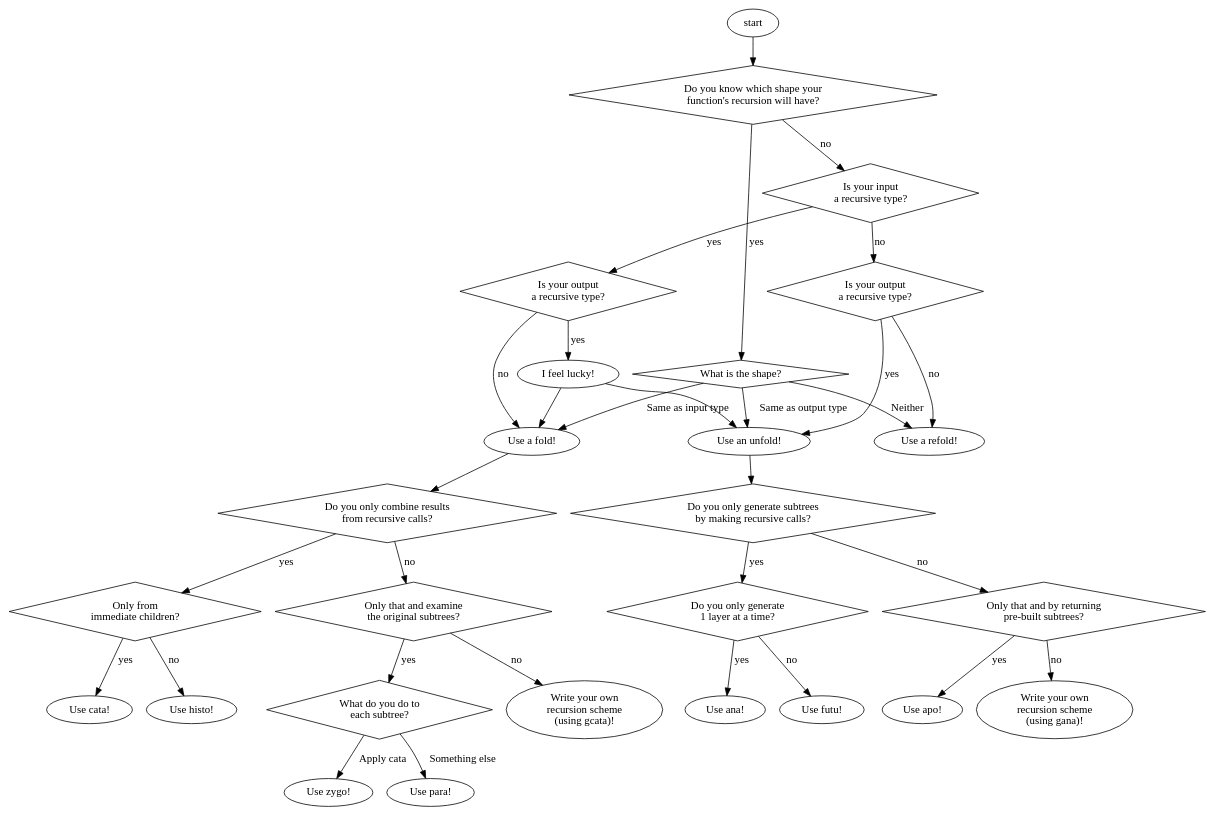
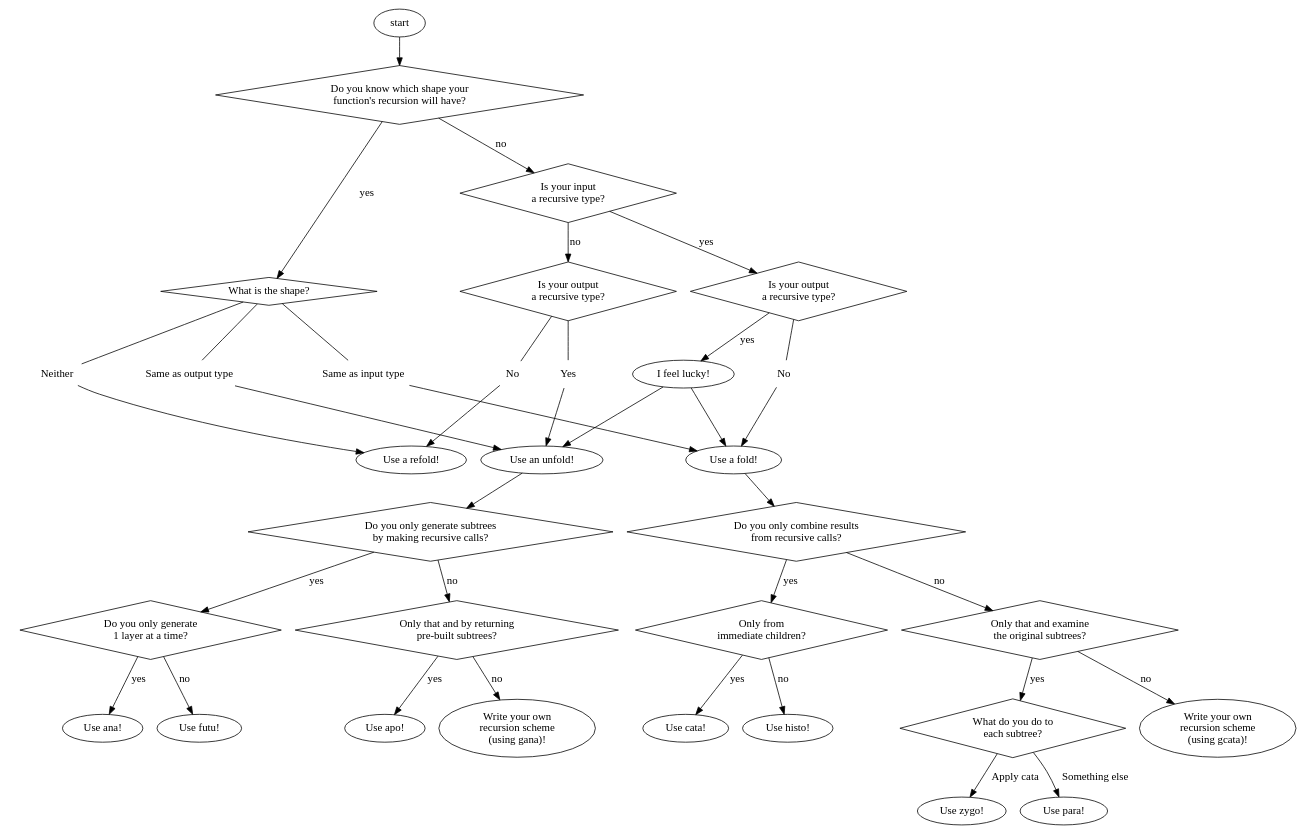
Before and after one commit to recursion-schemes/recursion-schemes: the diagram in docs/flowchart.dot, drawn with Graphviz. The commit also changed 1 other file, not shown here.

Commit message:
Improve layout of flowchart

```diff
--- a/docs/flowchart.dot
+++ b/docs/flowchart.dot
@@ -1,64 +1,93 @@
 digraph {
   decision1 [label="Is your input\na recursive type?"];
   decision1_1 [label="Is your output\na recursive type?"];
   decision1_2 [label="Is your output\na recursive type?"];
+  decision1_2_yes [label="Yes"];
+  decision1_2_no [label="No"];
+  decision1_1_no [label="No"];
   choose_either [label="I feel lucky!"];
   start_folds [label="Use a fold!"];
   start_unfolds [label="Use an unfold!"];
   start_refolds [label="Use a refold!"];
   decision0, decision1, decision1_1, decision1_2, expert_decision1, fold1,fold2,fold3,fold4,unfold1,unfold2,unfold3 [shape=diamond];
   fold1 [label="Do you only combine results\nfrom recursive calls?"];
   fold2 [label="Only from\nimmediate children?"];
   fold3 [label="Only that and examine\nthe original subtrees?"];
   fold4 [label="What do you do to\neach subtree?"];
   gcata [label="Write your own\nrecursion scheme\n(using gcata)!"];
   cata [label="Use cata!"];
   histo [label="Use histo!"];
   zygo [label="Use zygo!"];
   para [label="Use para!"];
   unfold1 [label="Do you only generate subtrees\nby making recursive calls?"]
   unfold2 [label="Do you only generate\n1 layer at a time?"]
   unfold3 [label="Only that and by returning\npre-built subtrees?"]
   ana [label="Use ana!"];
   apo [label="Use apo!"];
   futu [label="Use futu!"];
   gana [label="Write your own\nrecursion scheme\n(using gana)!"];
   decision0 [label="Do you know which shape your\nfunction's recursion will have?"];
   expert_decision1 [label="What is the shape?"];
+  same_as_input_type[label="Same as input type"];
+  same_as_output_type[label="Same as output type"];
+  neither[label="Neither"];
+  decision1_2_yes, decision1_2_no, decision1_1_no, same_as_input_type, same_as_output_type, neither [color=invis];
 
   start -> decision0;
   decision0 -> decision1 [label=no];
   decision0 -> expert_decision1 [label=yes];
-  decision1 -> decision1_1 [label=yes];
-  decision1 -> decision1_2 [label=no];
-  decision1_1 -> choose_either [label=yes];
-  decision1_1 -> start_folds [label=no];
-  decision1_2 -> start_unfolds [label=yes];
-  decision1_2 -> start_refolds [label=no];
+  decision1_1 -> decision1_1_no [dir=none];
+  decision1_2 -> decision1_2_yes [dir=none];
+  decision1_2 -> decision1_2_no [dir=none];
+
+  decision1_1_no -> start_folds [minlen=2];
+  decision1_2_yes -> start_unfolds [minlen=2];
+  decision1_2_no -> start_refolds [minlen=2];
+
+  subgraph cluster_beginner {
+    color=invis;
+    decision1 -> decision1_1 [label=yes];
+    decision1 -> decision1_2 [label=no];
+    decision1_1 -> choose_either [label=yes];
+    decision1_1_no;
+    decision1_2_yes;
+    decision1_2_no;
+  }
+
+  subgraph cluster_expert {
+    color=invis;
+    expert_decision1;
+    same_as_input_type;
+    same_as_output_type;
+    neither;
+  }
+
+  expert_decision1 -> same_as_input_type [dir=none];
+  same_as_input_type -> start_folds [minlen=2];
+  expert_decision1 -> same_as_output_type [dir=none];
+  same_as_output_type -> start_unfolds [minlen=2];
+  expert_decision1 -> neither [dir=none];
+  neither -> start_refolds [minlen=2];
+
   choose_either -> start_folds;
   choose_either -> start_unfolds;
+  choose_either -> start_refolds [style=invis];
 
   start_folds -> fold1;
   fold1 -> fold2 [label="yes"]
   fold1 -> fold3 [label="no"]
   fold2 -> cata [label="yes"];
   fold2 -> histo [label="no"];
   fold3 -> fold4 [label="yes"];
   fold3 -> gcata [label="no"];
   fold4 -> zygo [label="Apply cata"];
   fold4 -> para [label="Something else"];
 
   start_unfolds -> unfold1;
   unfold1 -> unfold2 [label="yes"];
   unfold1 -> unfold3 [label="no"];
   unfold2 -> ana [label="yes"];
   unfold2 -> futu [label="no"];
   unfold3 -> apo [label="yes"];
   unfold3 -> gana [label="no"];
-
-  expert_decision1;
-  expert_decision1 -> start_folds [label="Same as input type"];
-  expert_decision1 -> start_unfolds [label="Same as output type"];
-  expert_decision1 -> start_refolds [label="Neither"];
-  decision1_2 -> expert_decision1 [style=invis];
 }
```
